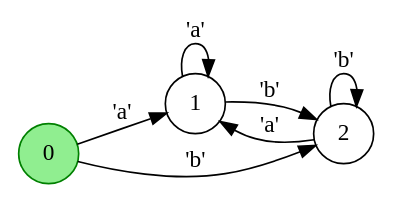
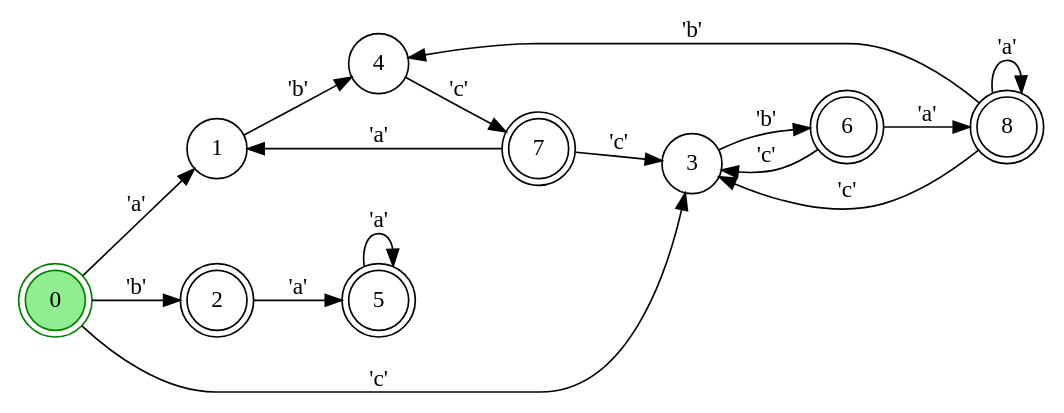
One commit to EndRiKeR/comp-lab changed the diagram in dots/dfa.dot. Above: the diagram before and after it, drawn with Graphviz. The commit also changed 11 other files, not shown here.

```diff
--- a/dots/dfa.dot
+++ b/dots/dfa.dot
@@ -1,13 +1,28 @@
 digraph DFA {
   rankdir=LR;
   node [shape=circle];
   "1" [label="1"] [shape=circle];
-  "2" [label="2"] [shape=circle];
-  "0" [label="0"] [shape=circle,color=green,style=filled,fillcolor=lightgreen];
+  "2" [label="2"] [shape=doublecircle];
+  "3" [label="3"] [shape=circle];
+  "4" [label="4"] [shape=circle];
+  "5" [label="5"] [shape=doublecircle];
+  "6" [label="6"] [shape=doublecircle];
+  "7" [label="7"] [shape=doublecircle];
+  "8" [label="8"] [shape=doublecircle];
+  "0" [label="0"] [shape=doublecircle,color=green,style=filled,fillcolor=lightgreen];
   "0" -> "1" [label="'a'"];
   "0" -> "2" [label="'b'"];
-  "1" -> "1" [label="'a'"];
-  "1" -> "2" [label="'b'"];
-  "2" -> "1" [label="'a'"];
-  "2" -> "2" [label="'b'"];
+  "0" -> "3" [label="'c'"];
+  "1" -> "4" [label="'b'"];
+  "2" -> "5" [label="'a'"];
+  "3" -> "6" [label="'b'"];
+  "4" -> "7" [label="'c'"];
+  "5" -> "5" [label="'a'"];
+  "6" -> "8" [label="'a'"];
+  "6" -> "3" [label="'c'"];
+  "7" -> "1" [label="'a'"];
+  "7" -> "3" [label="'c'"];
+  "8" -> "8" [label="'a'"];
+  "8" -> "4" [label="'b'"];
+  "8" -> "3" [label="'c'"];
 }
```
